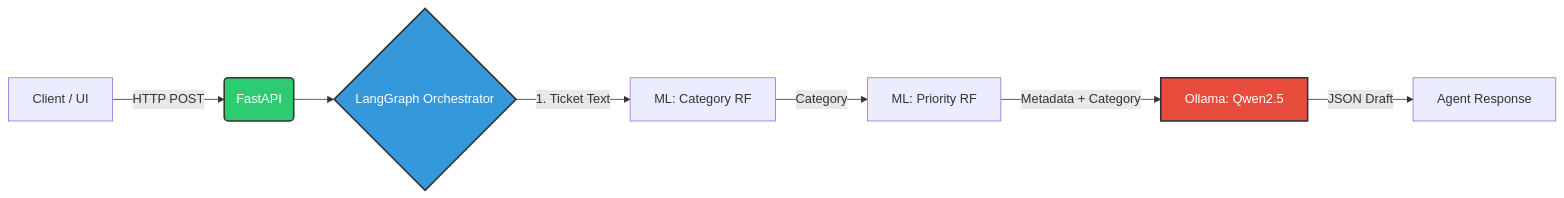
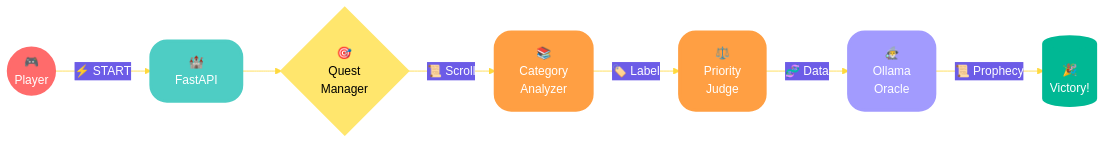
The diagram in README.md (strelok25-dev/support-ticket-pipeline), drawn with Mermaid before and after one commit.

Commit message:
docs: add Mermaid architecture diagram and Gradio demo instructions

````diff
--- a/README.md
+++ b/README.md
@@ -27,13 +27,26 @@
 ```mermaid
+%%{init: {'theme': 'base', 'themeVariables': { 
+  'primaryColor': '#ff6b6b',
+  'primaryTextColor': '#fff',
+  'primaryBorderColor': '#ff6b6b',
+  'lineColor': '#ffd93d',
+  'secondaryColor': '#6c5ce7',
+  'tertiaryColor': '#00b894',
+  'fontSize': '15px'
+}}}%%
 flowchart LR
-    A[Client / UI] -->|HTTP POST| B(FastAPI)
-    B --> C{LangGraph Orchestrator}
-    C -->|1. Ticket Text| D[ML: Category RF]
-    D -->|Category| E[ML: Priority RF]
-    E -->|Metadata + Category| F[Ollama: Qwen2.5]
-    F -->|JSON Draft| G[Agent Response]
+    A(("🎮<br/>Player")) -->|"⚡ START"| B["🏰<br/>FastAPI"]
+    B --> C{"🎯<br/>Quest<br/>Manager"}
+    C -->|"📜 Scroll"| D["📚<br/>Category<br/>Analyzer"]
+    D -->|"🏷️ Label"| E["⚖️<br/>Priority<br/>Judge"]
+    E -->|"🧬 Data"| F["🧙‍♂️<br/>Ollama<br/>Oracle"]
+    F -->|"📜 Prophecy"| G[("🎉<br/>Victory!")]
     
-    style B fill:#2ecc71,stroke:#333,stroke-width:2px,color:#fff
-    style C fill:#3498db,stroke:#333,stroke-width:2px,color:#fff
-    style F fill:#e74c3c,stroke:#333,stroke-width:2px,color:#fff
+    style A fill:#ff6b6b,stroke:#ff6b6b,stroke-width:4px,color:#fff,rx:50,ry:50
+    style B fill:#4ecdc4,stroke:#4ecdc4,stroke-width:4px,color:#fff,rx:20,ry:20
+    style C fill:#ffe66d,stroke:#ffe66d,stroke-width:4px,color:#000,rx:20,ry:20
+    style D fill:#ff9f43,stroke:#ff9f43,stroke-width:4px,color:#fff,rx:20,ry:20
+    style E fill:#ff9f43,stroke:#ff9f43,stroke-width:4px,color:#fff,rx:20,ry:20
+    style F fill:#a29bfe,stroke:#a29bfe,stroke-width:4px,color:#fff,rx:20,ry:20
+    style G fill:#00b894,stroke:#00b894,stroke-width:4px,color:#fff,rx:50,ry:50
 ```
````
